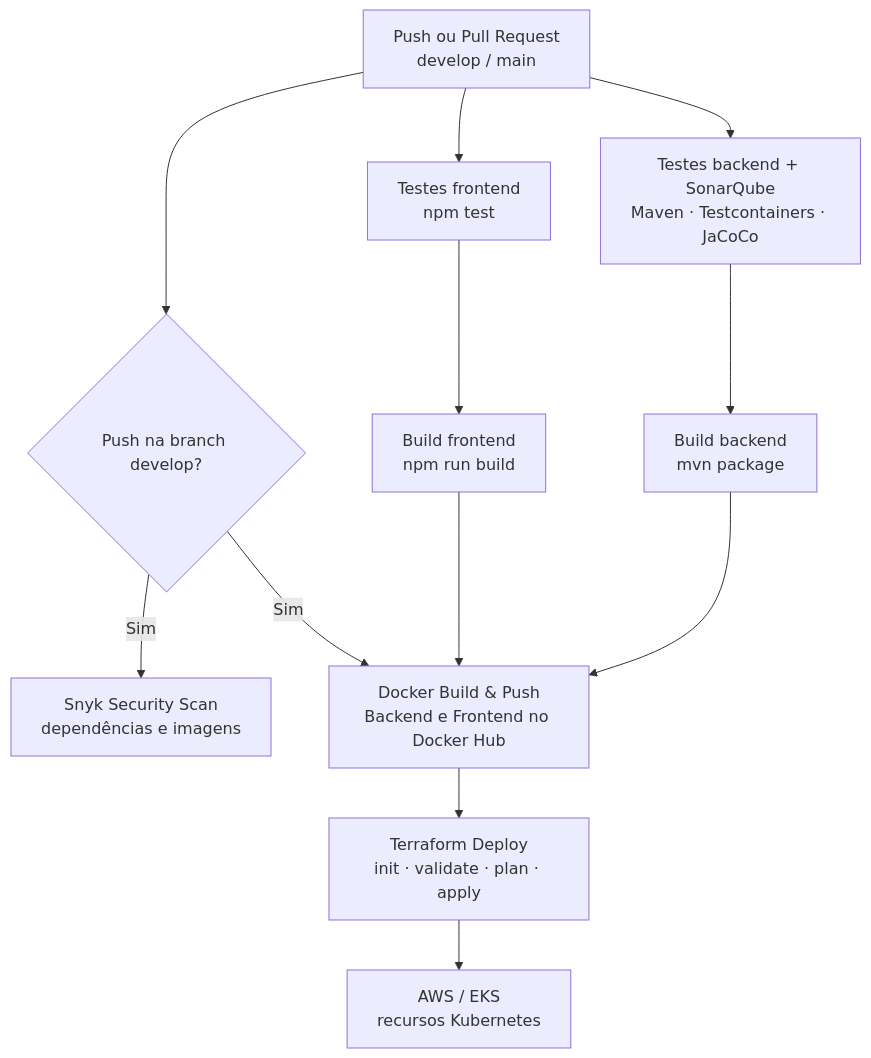
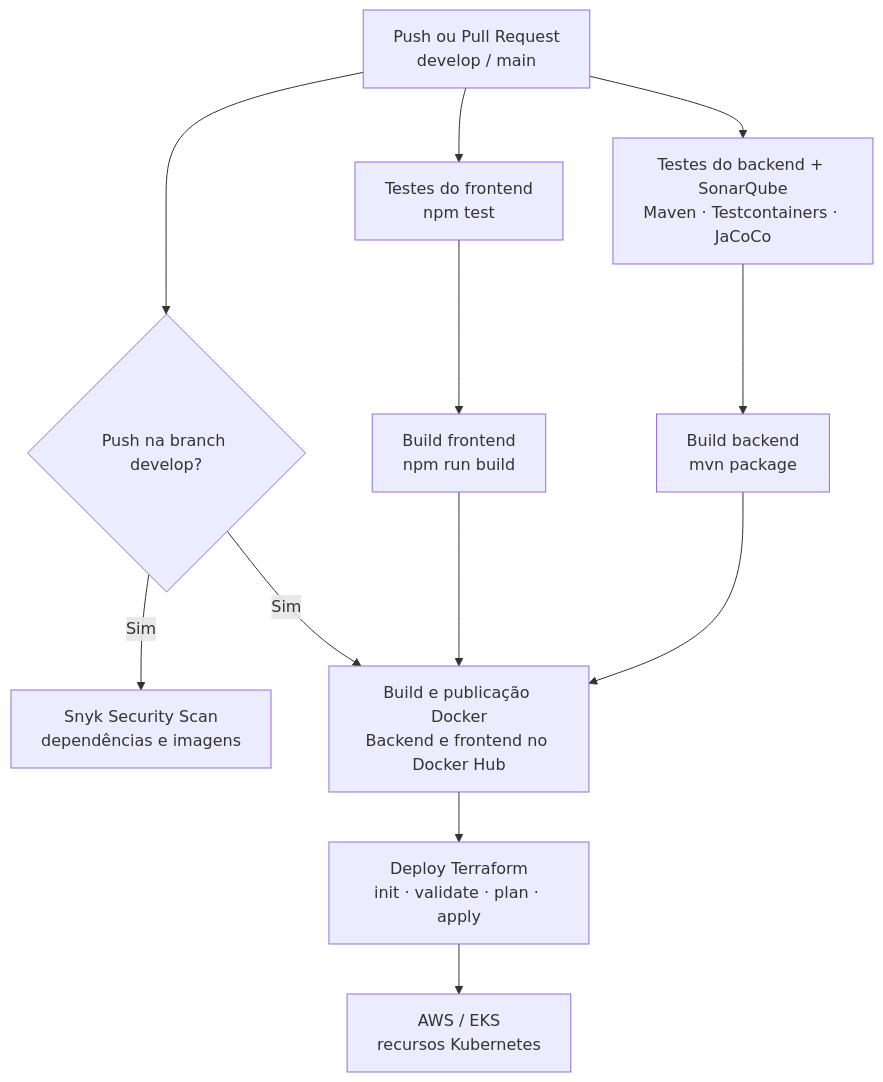
One commit to BrunoSousa06/autoflow changed the second of 2 diagrams in README.md. Above: the diagram before and after it, drawn with Mermaid. The commit also changed other lines of this file and 10 other files, not shown here.

````diff
--- a/README.md
+++ b/README.md
@@ -261,18 +242,18 @@
 ```mermaid
 flowchart TD
-    A["Push ou Pull Request<br/>develop / main"] --> B["Testes backend + SonarQube<br/>Maven · Testcontainers · JaCoCo"]
-    A --> C["Testes frontend<br/>npm test"]
+    A["Push ou Pull Request<br/>develop / main"] --> B["Testes do backend + SonarQube<br/>Maven · Testcontainers · JaCoCo"]
+    A --> C["Testes do frontend<br/>npm test"]
 
     B --> D["Build backend<br/>mvn package"]
     C --> E["Build frontend<br/>npm run build"]
 
     A --> F{"Push na branch develop?"}
     F -->|Sim| G["Snyk Security Scan<br/>dependências e imagens"]
 
-    D --> H["Docker Build & Push<br/>Backend e Frontend no Docker Hub"]
+    D --> H["Build e publicação Docker<br/>Backend e frontend no Docker Hub"]
     E --> H
     F -->|Sim| H
 
-    H --> I["Terraform Deploy<br/>init · validate · plan · apply"]
+    H --> I["Deploy Terraform<br/>init · validate · plan · apply"]
     I --> J["AWS / EKS<br/>recursos Kubernetes"]
 ```
````
